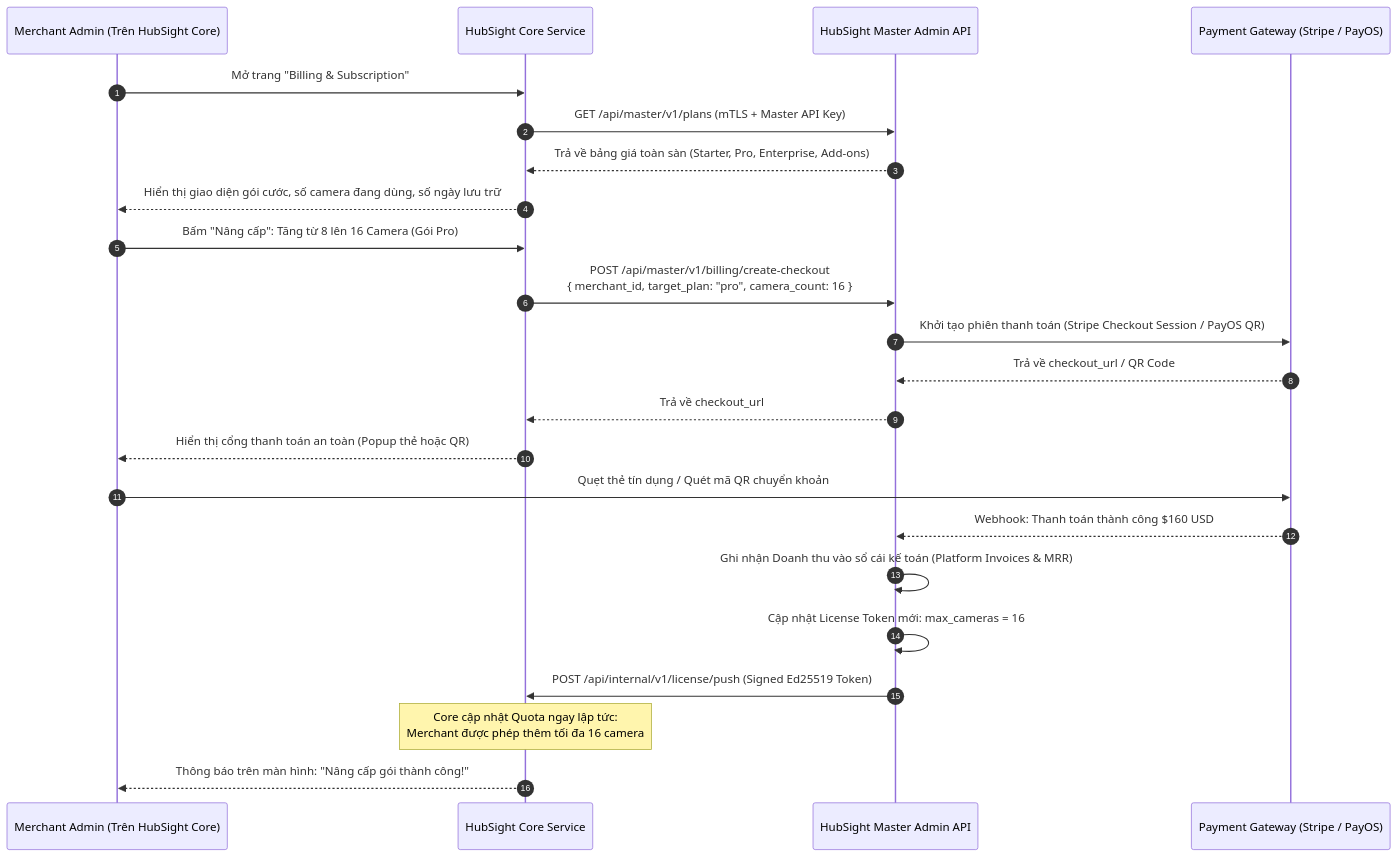
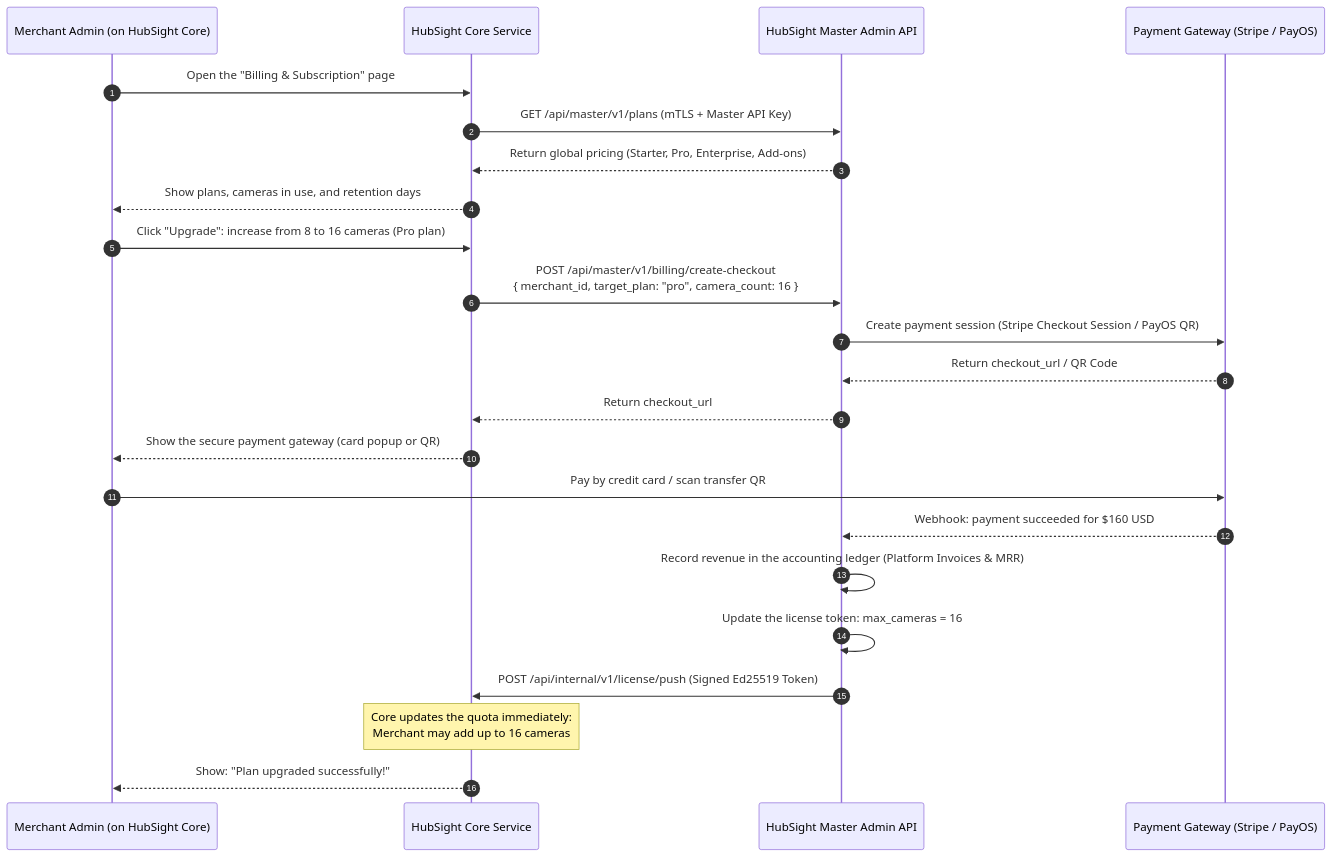
Before and after one commit to HubSight/hubsight: the first of 2 diagrams in docs/SAAS_ARCHITECTURE_SYSTEM_DESIGN.md, drawn with Mermaid. The commit also changed other lines of this file and 11 other files, not shown here.

First line of the commit message:
Document unified Admin API and Qt SDK plan

````diff
--- a/docs/SAAS_ARCHITECTURE_SYSTEM_DESIGN.md
+++ b/docs/SAAS_ARCHITECTURE_SYSTEM_DESIGN.md
@@ -69,29 +69,29 @@
 ```mermaid
 sequenceDiagram
     autonumber
-    participant Merchant as Merchant Admin (Trên HubSight Core)
+    participant Merchant as Merchant Admin (on HubSight Core)
     participant Core as HubSight Core Service
     participant Master as HubSight Master Admin API
     participant Gateway as Payment Gateway (Stripe / PayOS)
 
-    Merchant->>Core: Mở trang "Billing & Subscription"
+    Merchant->>Core: Open the "Billing & Subscription" page
     Core->>Master: GET /api/master/v1/plans (mTLS + Master API Key)
-    Master-->>Core: Trả về bảng giá toàn sàn (Starter, Pro, Enterprise, Add-ons)
-    Core-->>Merchant: Hiển thị giao diện gói cước, số camera đang dùng, số ngày lưu trữ
+    Master-->>Core: Return global pricing (Starter, Pro, Enterprise, Add-ons)
+    Core-->>Merchant: Show plans, cameras in use, and retention days
 
-    Merchant->>Core: Bấm "Nâng cấp": Tăng từ 8 lên 16 Camera (Gói Pro)
+    Merchant->>Core: Click "Upgrade": increase from 8 to 16 cameras (Pro plan)
     Core->>Master: POST /api/master/v1/billing/create-checkout<br/>{ merchant_id, target_plan: "pro", camera_count: 16 }
-    Master->>Gateway: Khởi tạo phiên thanh toán (Stripe Checkout Session / PayOS QR)
-    Gateway-->>Master: Trả về checkout_url / QR Code
-    Master-->>Core: Trả về checkout_url
-    Core-->>Merchant: Hiển thị cổng thanh toán an toàn (Popup thẻ hoặc QR)
+    Master->>Gateway: Create payment session (Stripe Checkout Session / PayOS QR)
+    Gateway-->>Master: Return checkout_url / QR Code
+    Master-->>Core: Return checkout_url
+    Core-->>Merchant: Show the secure payment gateway (card popup or QR)
 
-    Merchant->>Gateway: Quẹt thẻ tín dụng / Quét mã QR chuyển khoản
-    Gateway-->>Master: Webhook: Thanh toán thành công $160 USD
-    Master->>Master: Ghi nhận Doanh thu vào sổ cái kế toán (Platform Invoices & MRR)
-    Master->>Master: Cập nhật License Token mới: max_cameras = 16
+    Merchant->>Gateway: Pay by credit card / scan transfer QR
+    Gateway-->>Master: Webhook: payment succeeded for $160 USD
+    Master->>Master: Record revenue in the accounting ledger (Platform Invoices & MRR)
+    Master->>Master: Update the license token: max_cameras = 16
 
     Master->>Core: POST /api/internal/v1/license/push (Signed Ed25519 Token)
-    Note over Core: Core cập nhật Quota ngay lập tức:<br/>Merchant được phép thêm tối đa 16 camera
-    Core-->>Merchant: Thông báo trên màn hình: "Nâng cấp gói thành công!"
+    Note over Core: Core updates the quota immediately:<br/>Merchant may add up to 16 cameras
+    Core-->>Merchant: Show: "Plan upgraded successfully!"
 ```
````
